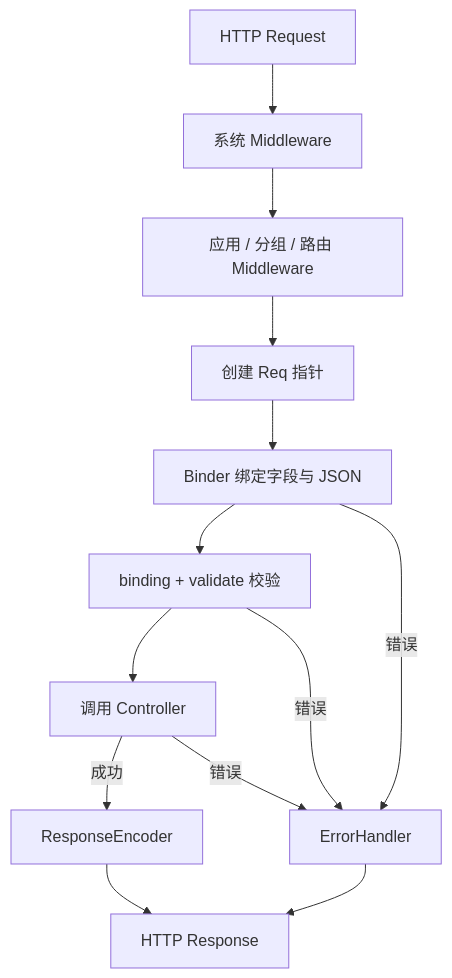
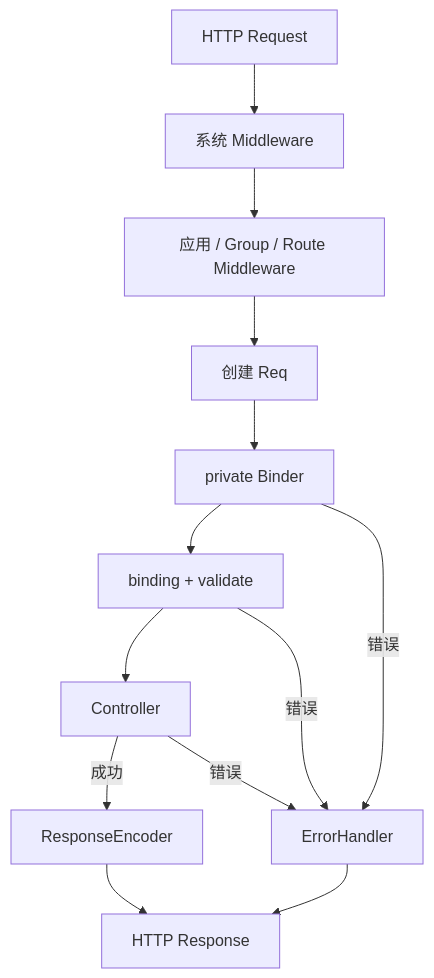
One commit to lanechi/gonex changed the third of 3 diagrams in docs/architecture.md. Above: the diagram before and after it, drawn with Mermaid. The commit also changed other lines of this file, not shown here.

Commit message:
docs: synchronize architecture with hardened contracts

````diff
--- a/docs/architecture.md
+++ b/docs/architecture.md
@@ -176,15 +129,15 @@
 ```mermaid
 flowchart TD
     Request[HTTP Request] --> System[系统 Middleware]
-    System --> Scoped[应用 / 分组 / 路由 Middleware]
-    Scoped --> Allocate[创建 Req 指针]
-    Allocate --> Bind[Binder 绑定字段与 JSON]
-    Bind --> Validate[binding + validate 校验]
-    Validate --> Invoke[调用 Controller]
+    System --> Scoped[应用 / Group / Route Middleware]
+    Scoped --> Allocate[创建 Req]
+    Allocate --> Bind[private Binder]
+    Bind --> Validate[binding + validate]
+    Validate --> Invoke[Controller]
     Invoke -->|成功| Encode[ResponseEncoder]
     Invoke -->|错误| Error[ErrorHandler]
     Bind -->|错误| Error
     Validate -->|错误| Error
     Encode --> Response[HTTP Response]
     Error --> Response
 ```
````
